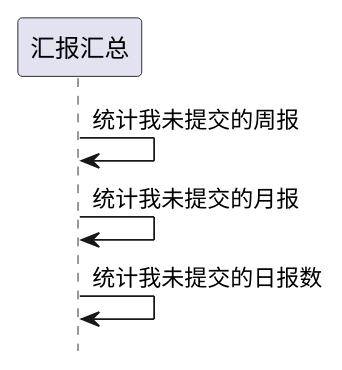
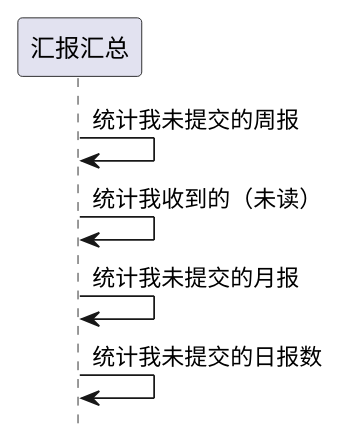
The first of 2 diagrams in ibizpms-docs/src/main/doc/v1/module/report/IbzReport_old.md (zj335841911/nt_chandao), drawn with PlantUML before and after one commit. The commit also changed other lines of this file and 2 other files, not shown here.

```diff
--- a/ibizpms-docs/src/main/doc/v1/module/report/IbzReport_old.md
+++ b/ibizpms-docs/src/main/doc/v1/module/report/IbzReport_old.md
@@ -99,7 +99,8 @@
 {% plantuml %}
 hide footbox
 
 汇报汇总 -> 汇报汇总: 统计我未提交的周报
+汇报汇总 -> 汇报汇总: 统计我收到的（未读）
 汇报汇总 -> 汇报汇总: 统计我未提交的月报
 汇报汇总 -> 汇报汇总: 统计我未提交的日报数
 {% endplantuml %}
```
